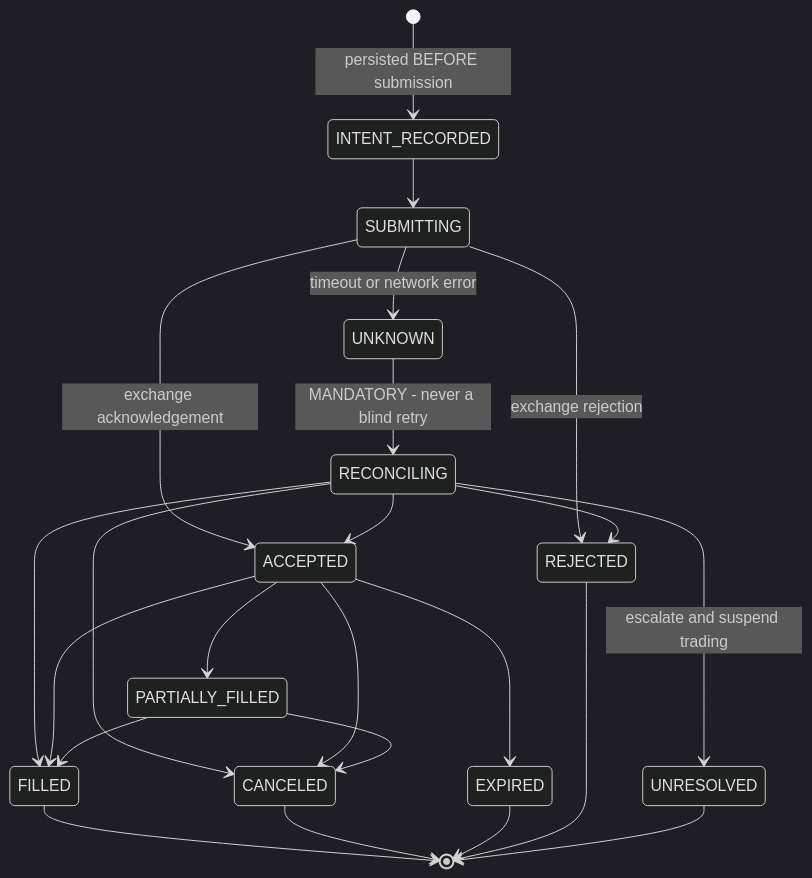
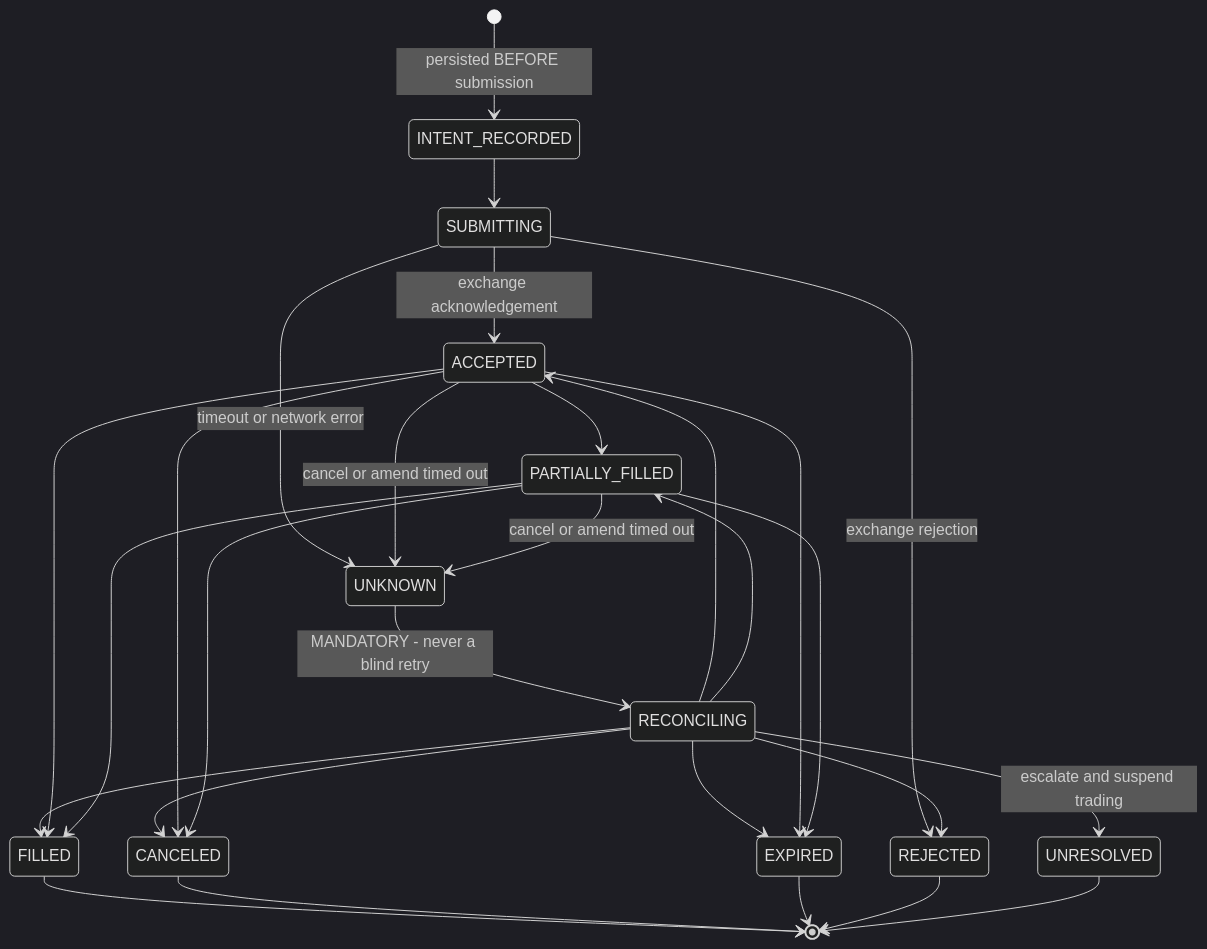
The fourth of 6 diagrams in docs/STATE_MACHINES.md (legione8512/trader), drawn with Mermaid (dark theme) before and after one commit. The commit also changed other lines of this file and 9 other files, not shown here.

````diff
--- a/docs/STATE_MACHINES.md
+++ b/docs/STATE_MACHINES.md
@@ -104,30 +123,35 @@
 ```mermaid
 stateDiagram-v2
     [*] --> INTENT_RECORDED: persisted BEFORE submission
     INTENT_RECORDED --> SUBMITTING
 
     SUBMITTING --> ACCEPTED: exchange acknowledgement
     SUBMITTING --> REJECTED: exchange rejection
     SUBMITTING --> UNKNOWN: timeout or network error
 
     UNKNOWN --> RECONCILING: MANDATORY - never a blind retry
     RECONCILING --> ACCEPTED
     RECONCILING --> REJECTED
+    RECONCILING --> PARTIALLY_FILLED
     RECONCILING --> FILLED
     RECONCILING --> CANCELED
+    RECONCILING --> EXPIRED
     RECONCILING --> UNRESOLVED: escalate and suspend trading
 
     ACCEPTED --> PARTIALLY_FILLED
     ACCEPTED --> FILLED
     ACCEPTED --> CANCELED
     ACCEPTED --> EXPIRED
+    ACCEPTED --> UNKNOWN: cancel or amend timed out
 
     PARTIALLY_FILLED --> FILLED
     PARTIALLY_FILLED --> CANCELED
+    PARTIALLY_FILLED --> EXPIRED
+    PARTIALLY_FILLED --> UNKNOWN: cancel or amend timed out
 
     FILLED --> [*]
     CANCELED --> [*]
     EXPIRED --> [*]
     REJECTED --> [*]
     UNRESOLVED --> [*]
 ```
````
